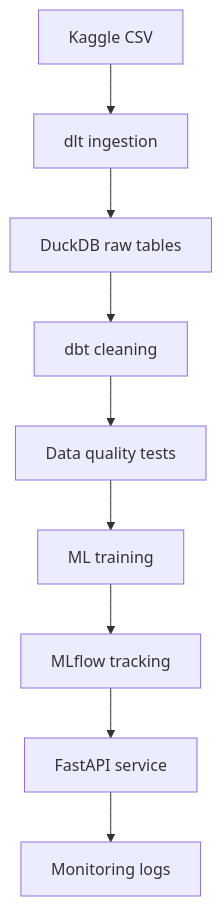
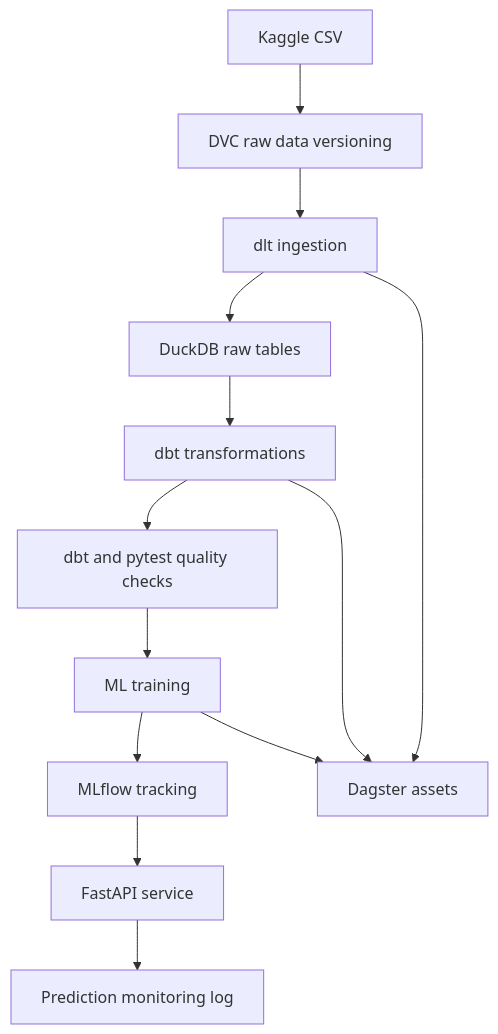
Before and after one commit to Bahriilhame/Mlops-Project: the diagram in README.md, drawn with Mermaid. The commit also changed other lines of this file and 20 other files, not shown here.

````diff
--- a/README.md
+++ b/README.md
@@ -22,11 +22,15 @@
 ```mermaid
 flowchart TD
-    A["Kaggle CSV"] --> B["dlt ingestion"]
-    B --> C["DuckDB raw tables"]
-    C --> D["dbt cleaning"]
-    D --> E["Data quality tests"]
-    E --> F["ML training"]
-    F --> G["MLflow tracking"]
-    G --> H["FastAPI service"]
-    H --> I["Monitoring logs"]
+    A["Kaggle CSV"] --> B["DVC raw data versioning"]
+    B --> C["dlt ingestion"]
+    C --> D["DuckDB raw tables"]
+    D --> E["dbt transformations"]
+    E --> F["dbt and pytest quality checks"]
+    F --> G["ML training"]
+    G --> H["MLflow tracking"]
+    H --> I["FastAPI service"]
+    I --> J["Prediction monitoring log"]
+    C --> K["Dagster assets"]
+    E --> K
+    G --> K
 ```
````
